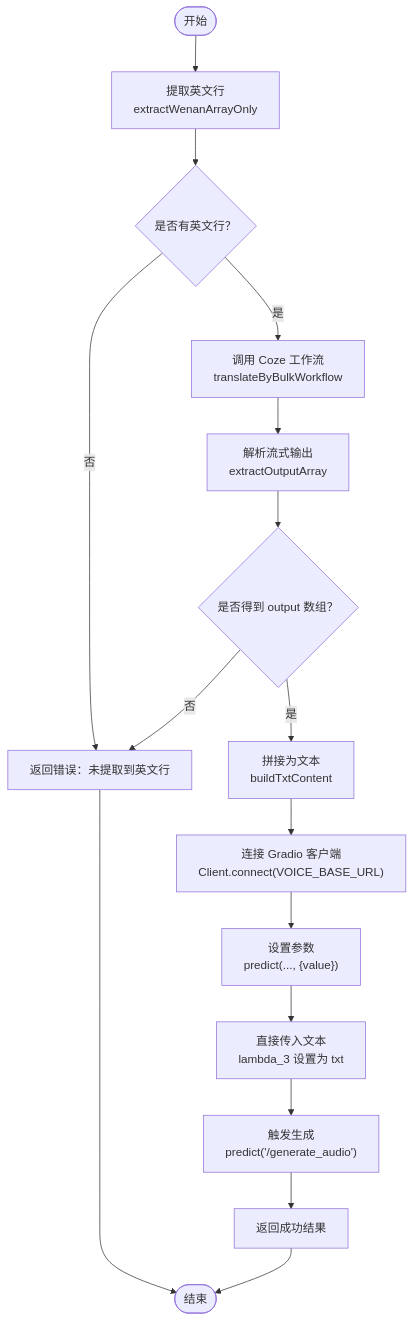
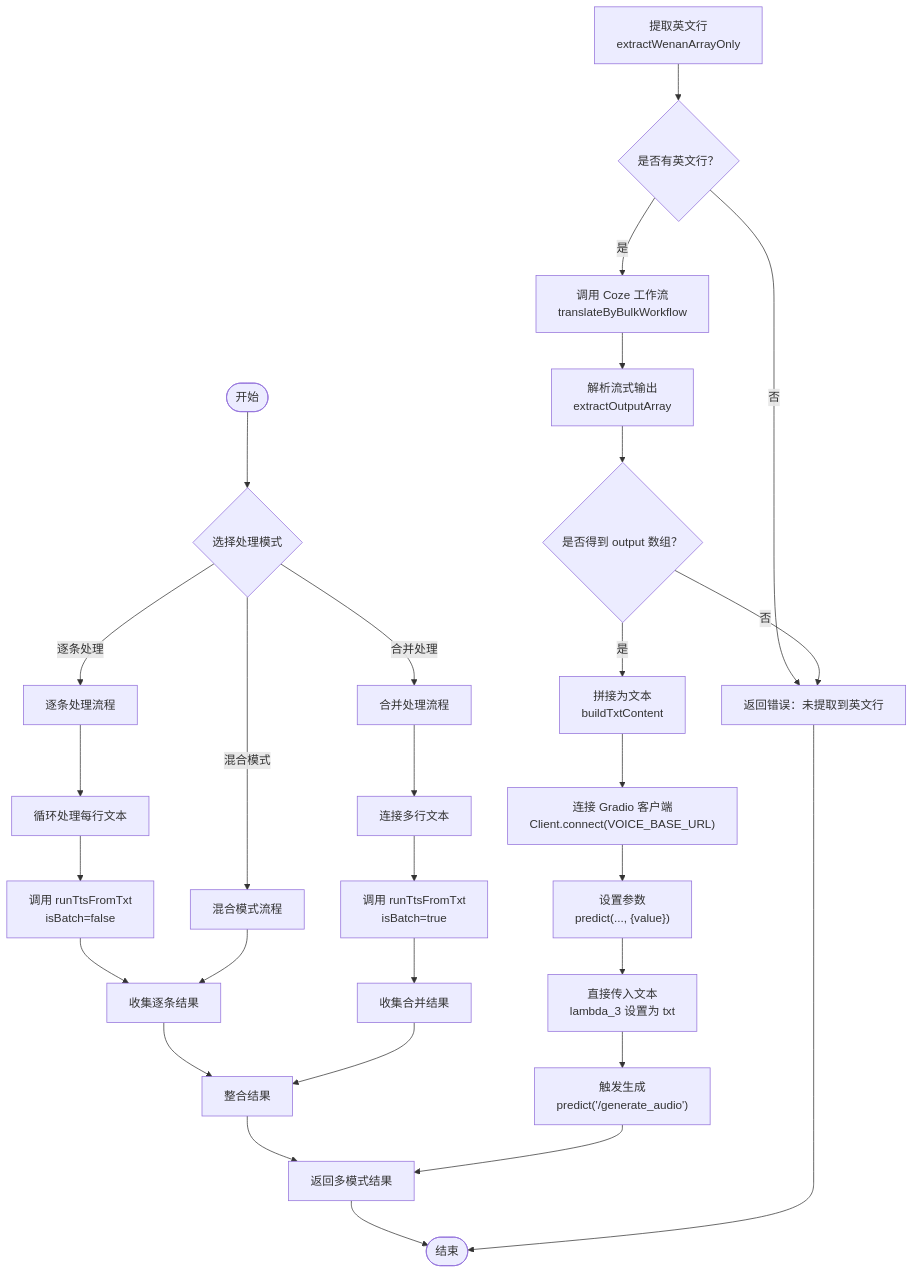
Before and after one commit to hanksd769-droid/sailshub: the third of 4 diagrams in .qoder/repowiki/zh/content/语音生成系统.md, drawn with Mermaid. The commit also changed other lines of this file and 4 other files, not shown here.

````diff
--- a/.qoder/repowiki/zh/content/语音生成系统.md
+++ b/.qoder/repowiki/zh/content/语音生成系统.md
@@ -205,18 +231,31 @@
 ```mermaid
 flowchart TD
-Start(["开始"]) --> Extract["提取英文行<br/>extractWenanArrayOnly"]
-Extract --> HasLines{"是否有英文行？"}
+Start(["开始"]) --> Mode{"选择处理模式"}
+Mode --> |逐条处理| Individual["逐条处理流程"]
+Mode --> |合并处理| Merged["合并处理流程"]
+Mode --> |混合模式| Both["混合模式流程"]
+Individual --> Loop["循环处理每行文本"]
+Loop --> SingleTTS["调用 runTtsFromTxt<br/>isBatch=false"]
+SingleTTS --> CollectInd["收集逐条结果"]
+Merged --> Join["连接多行文本"]
+Join --> MergeTTS["调用 runTtsFromTxt<br/>isBatch=true"]
+MergeTTS --> CollectMerged["收集合并结果"]
+Both --> CollectInd
+CollectInd --> Combine["整合结果"]
+CollectMerged --> Combine
+Combine --> Success["返回多模式结果"]
+Success --> Done(["结束"])
+Extract["提取英文行<br/>extractWenanArrayOnly"] --> HasLines{"是否有英文行？"}
 HasLines -- 否 --> Err["返回错误：未提取到英文行"]
 HasLines -- 是 --> Translate["调用 Coze 工作流<br/>translateByBulkWorkflow"]
 Translate --> Parse["解析流式输出<br/>extractOutputArray"]
 Parse --> GotOutput{"是否得到 output 数组？"}
 GotOutput -- 否 --> Err
 GotOutput -- 是 --> BuildTxt["拼接为文本<br/>buildTxtContent"]
 BuildTxt --> ConnectGradio["连接 Gradio 客户端<br/>Client.connect(VOICE_BASE_URL)"]
 ConnectGradio --> SetParams["设置参数<br/>predict(..., {value})"]
 SetParams --> DirectText["直接传入文本<br/>lambda_3 设置为 txt"]
 DirectText --> Generate["触发生成<br/>predict('/generate_audio')"]
-Generate --> Success["返回成功结果"]
-Success --> Done(["结束"])
+Generate --> Success
 Err --> Done
 ```
````
